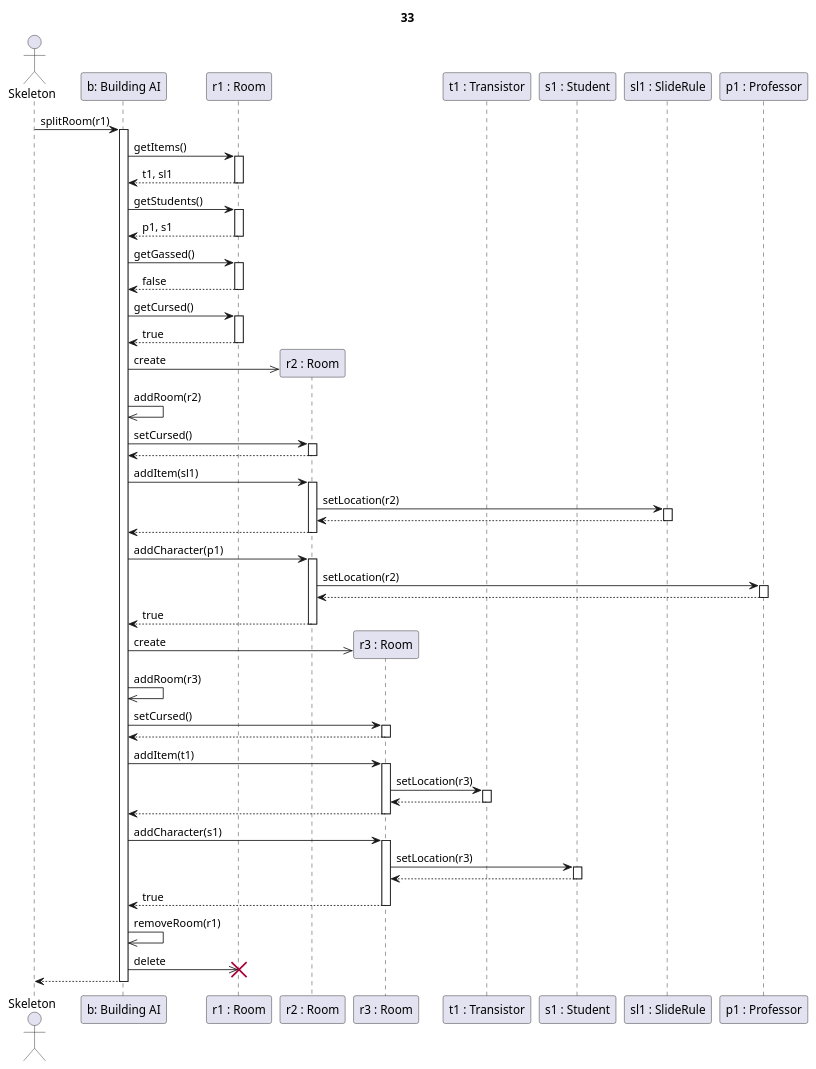
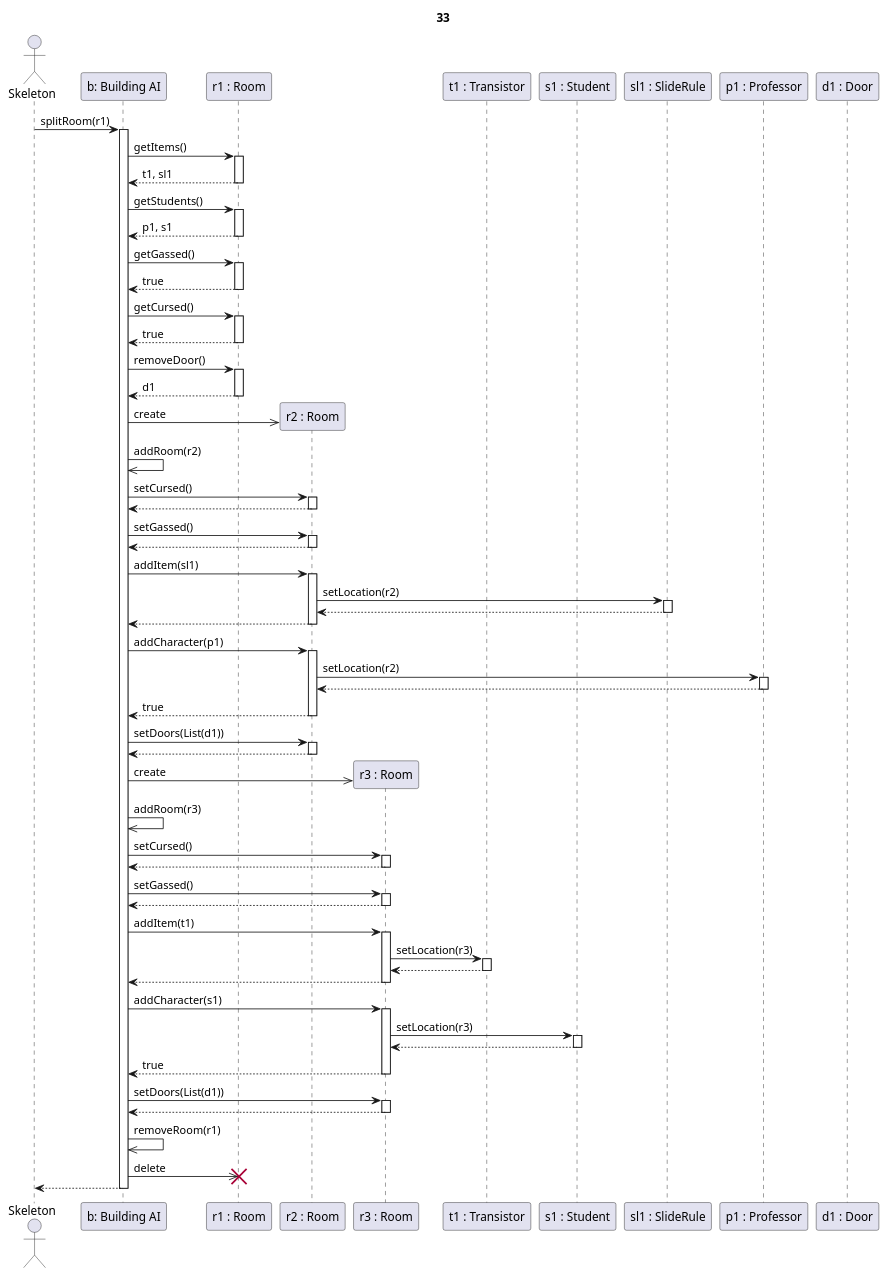
Before and after one commit to kipolaris/skyrimscriptsuttogok: the diagram in partII_sequence diagrams/33.puml, drawn with PlantUML. The commit also changed 110 other files, not shown here.

Commit message:
finalize partII sequence diagrams

```diff
--- a/partII_sequence diagrams/33.puml
+++ b/partII_sequence diagrams/33.puml
@@ -1,80 +1,96 @@
-@startuml Szoba split sikeres eredetileg elátkozott szobával
+@startuml Szoba split sikeres eredetileg elátkozott és gázos szobával
 
 title 33
 
 actor Skeleton as sk
 participant "b: Building AI" as ai
 
 participant "r1 : Room" as r1
 participant "r2 : Room" as r2
 participant "r3 : Room" as r3
 
 participant "t1 : Transistor" as t1
 participant "s1 : Student" as s1
 participant "sl1 : SlideRule" as sl
 participant "p1 : Professor" as p1
+participant "d1 : Door" as d1
 
 
 
 sk->ai ++: splitRoom(r1)
 
 ai->r1 ++: getItems()
 r1-->ai --: t1, sl1
 
 ai->r1 ++: getStudents()
 r1-->ai --: p1, s1
 
 ai->r1 ++: getGassed()
-r1-->ai --: false
+r1-->ai --: true
 
 ai->r1 ++: getCursed()
 r1-->ai --: true
+
+ai->r1 ++: removeDoor()
+return d1
 
 ai->>r2 **: create
 ai->>ai : addRoom(r2)
 
 ai->r2 ++: setCursed()
+return
+
+ai->r2 ++: setGassed()
 return
 
 ai->r2 ++: addItem(sl1)
 
 r2->sl ++: setLocation(r2)
 return
 
 r2-->ai --:
 ai->r2 ++: addCharacter(p1)
 
 r2->p1 ++: setLocation(r2)
 return
 
 r2-->ai --: true
 
+ai->r2 ++: setDoors(List(d1))
+return
+
 
 
 ai->>r3 **: create
 ai->>ai : addRoom(r3)
 
 ai->r3 ++: setCursed()
+return
+
+ai->r3 ++: setGassed()
 return
 
 ai->r3 ++: addItem(t1)
 
 r3->t1 ++: setLocation(r3)
 return
 
 r3-->ai --:
 
 ai->r3 ++: addCharacter(s1)
 
 r3->s1 ++: setLocation(r3)
 return
 
 r3-->ai --: true
 
+ai->r3 ++: setDoors(List(d1))
+return
+
 
 ai->>ai : removeRoom(r1)
 ai->>r1 !!: delete
 
 ai-->sk --:
 
 @enduml
```
